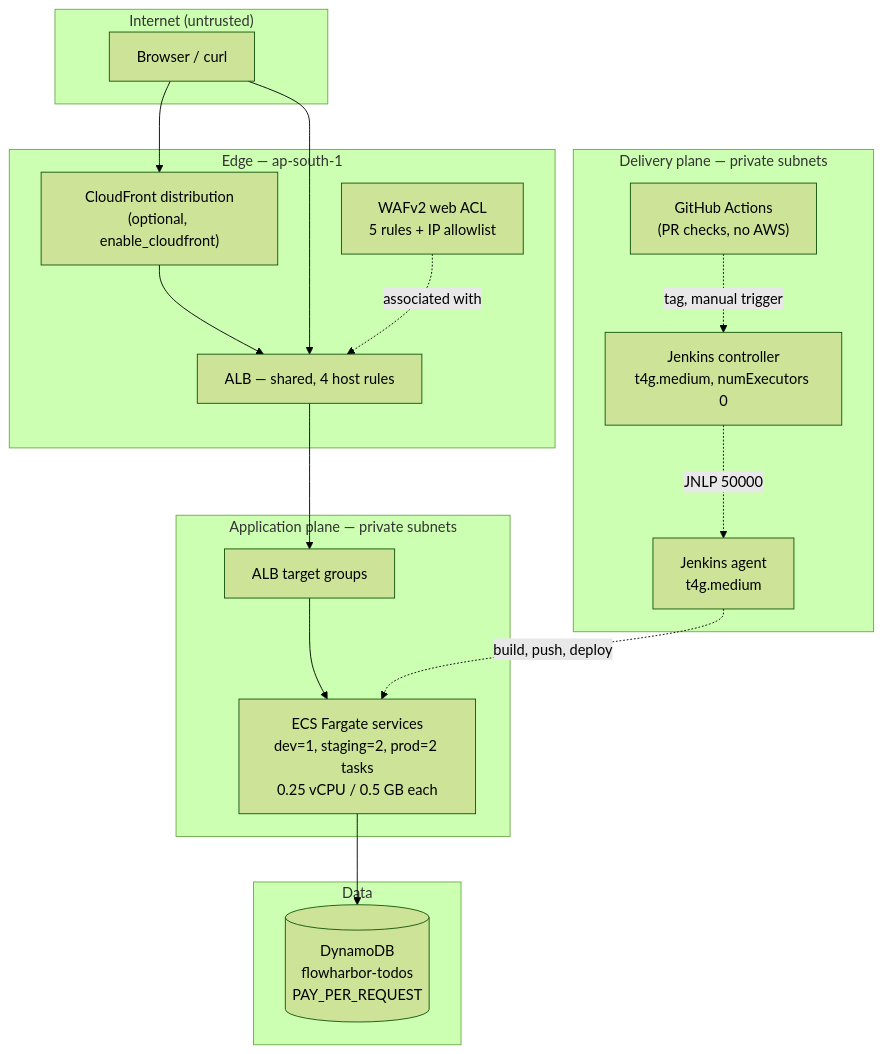
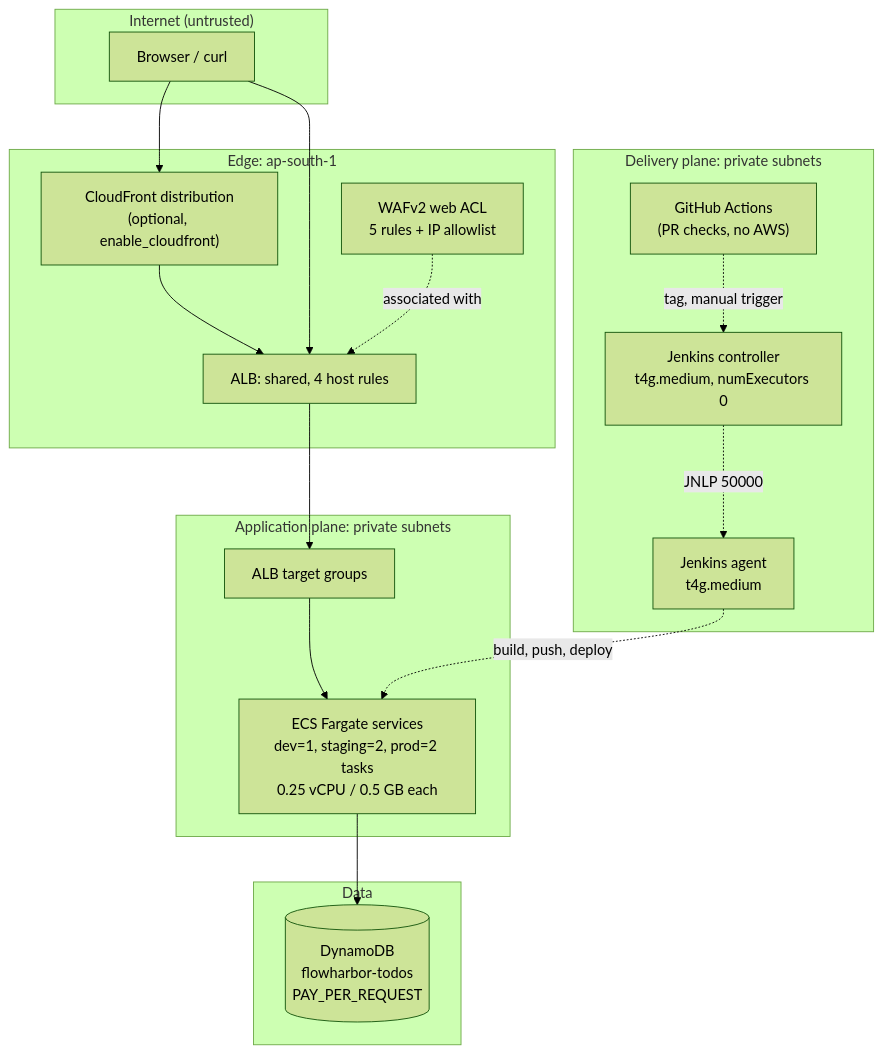
One commit to rishabh-yadav11/flowharbor-jenkins changed the first of 5 diagrams in docs/architecture.md. Above: the diagram before and after it, drawn with Mermaid (forest theme). The commit also changed other lines of this file and 12 other files, not shown here.

````diff
--- a/docs/architecture.md
+++ b/docs/architecture.md
@@ -16,37 +16,37 @@
 ```mermaid
 graph TD
   subgraph internet["Internet (untrusted)"]
     U[Browser / curl]
   end
 
-  subgraph edge["Edge — ap-south-1"]
+  subgraph edge["Edge: ap-south-1"]
     CF["CloudFront distribution<br/>(optional, enable_cloudfront)"]
     WAF[WAFv2 web ACL<br/>5 rules + IP allowlist]
-    ALB["ALB — shared, 4 host rules"]
+    ALB["ALB: shared, 4 host rules"]
   end
 
-  subgraph app_plane["Application plane — private subnets"]
+  subgraph app_plane["Application plane: private subnets"]
     ECS["ECS Fargate services<br/>dev=1, staging=2, prod=2 tasks<br/>0.25 vCPU / 0.5 GB each"]
     TG["ALB target groups"]
   end
 
   subgraph data["Data"]
     DDB[("DynamoDB<br/>flowharbor-todos<br/>PAY_PER_REQUEST")]
   end
 
-  subgraph ci["Delivery plane — private subnets"]
+  subgraph ci["Delivery plane: private subnets"]
     JC["Jenkins controller<br/>t4g.medium, numExecutors 0"]
     JA["Jenkins agent<br/>t4g.medium"]
     GH["GitHub Actions<br/>(PR checks, no AWS)"]
   end
 
   U --> CF
   CF --> ALB
   U --> ALB
   WAF -. associated with .-> ALB
   ALB --> TG --> ECS
   ECS --> DDB
   JC -. JNLP 50000 .-> JA
   GH -. tag, manual trigger .-> JC
   JA -. build, push, deploy .-> ECS
 ```
````
